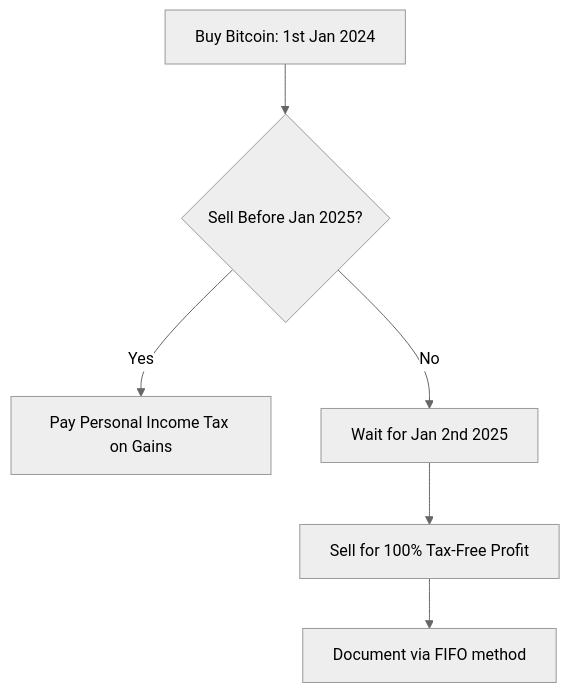
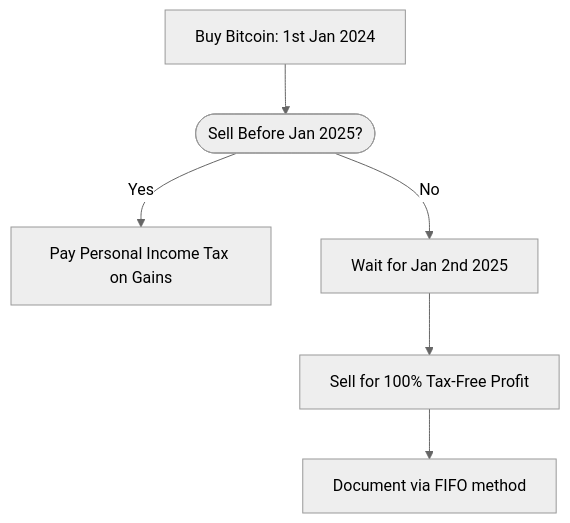
One commit to annabraun015-stack/krypto-watch changed the diagram in src/content/blog/en/bitcoin-legal-germany.mdx. Above: the diagram before and after it, drawn with Mermaid (neutral theme). The commit also changed other lines of this file and 53 other files, not shown here.

```diff
--- a/src/content/blog/en/bitcoin-legal-germany.mdx
+++ b/src/content/blog/en/bitcoin-legal-germany.mdx
@@ -87,8 +87,8 @@
 <div class="mermaid">
 graph TD
-    A[Buy Bitcoin: 1st Jan 2024] --> B{Sell Before Jan 2025?}
+    A[Buy Bitcoin: 1st Jan 2024] --> B([Sell Before Jan 2025?])
     B -- Yes --> C[Pay Personal Income Tax on Gains]
     B -- No --> D[Wait for Jan 2nd 2025]
     D --> E[Sell for 100% Tax-Free Profit]
     E --> F[Document via FIFO method]
 </div>
```
